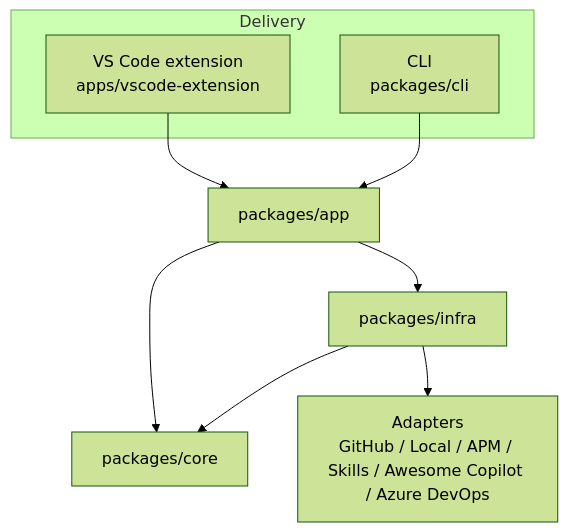
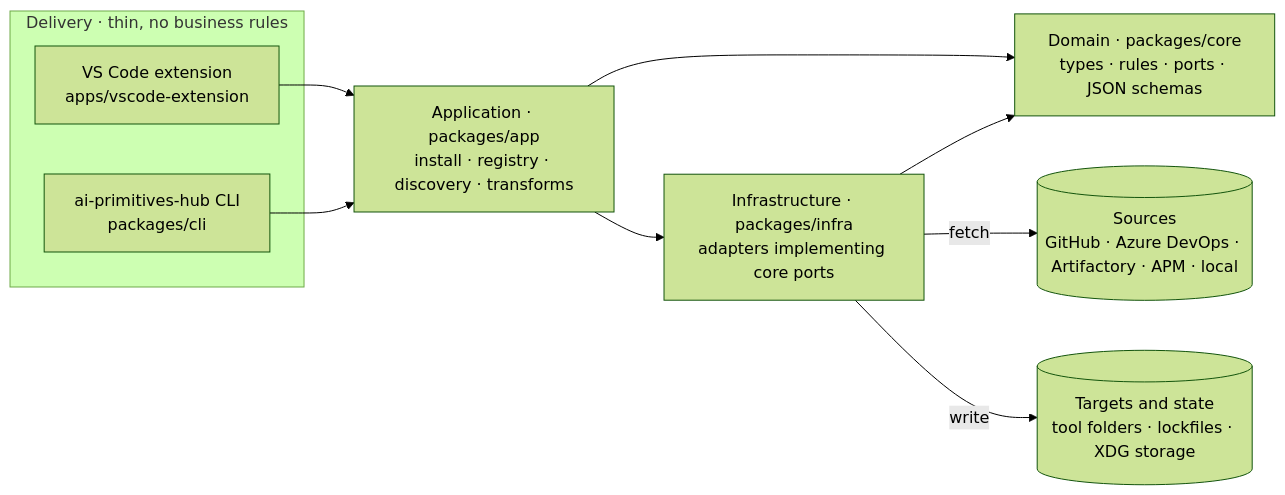
Before and after one commit to AmadeusITGroup/ai-primitives-hub: the diagram in README.md, drawn with Mermaid (forest theme). The commit also changed other lines of this file and 2 other files, not shown here.

````diff
--- a/README.md
+++ b/README.md
@@ -64,13 +141,20 @@
 ```mermaid
-flowchart TD
-    subgraph "Delivery"
-        VSC[VS Code extension<br/>apps/vscode-extension]
-        CLI[CLI<br/>packages/cli]
+flowchart LR
+    subgraph Delivery["Delivery · thin, no business rules"]
+        VSC["VS Code extension<br/>apps/vscode-extension"]
+        CLI["ai-primitives-hub CLI<br/>packages/cli"]
     end
-    VSC --> APP[packages/app]
+    APP["Application · packages/app<br/>install · registry · discovery · transforms"]
+    INF["Infrastructure · packages/infra<br/>adapters implementing core ports"]
+    CORE["Domain · packages/core<br/>types · rules · ports · JSON schemas"]
+    SRC[("Sources<br/>GitHub · Azure DevOps · Artifactory · APM · local")]
+    OUT[("Targets and state<br/>tool folders · lockfiles · XDG storage")]
+
+    VSC --> APP
     CLI --> APP
-    APP --> CORE[packages/core]
-    APP --> INF[packages/infra]
+    APP --> INF
+    APP --> CORE
     INF --> CORE
-    INF --> AD[Adapters<br/>GitHub / Local / APM / Skills / Awesome Copilot / Azure DevOps]
+    INF -- fetch --> SRC
+    INF -- write --> OUT
 ```
````
